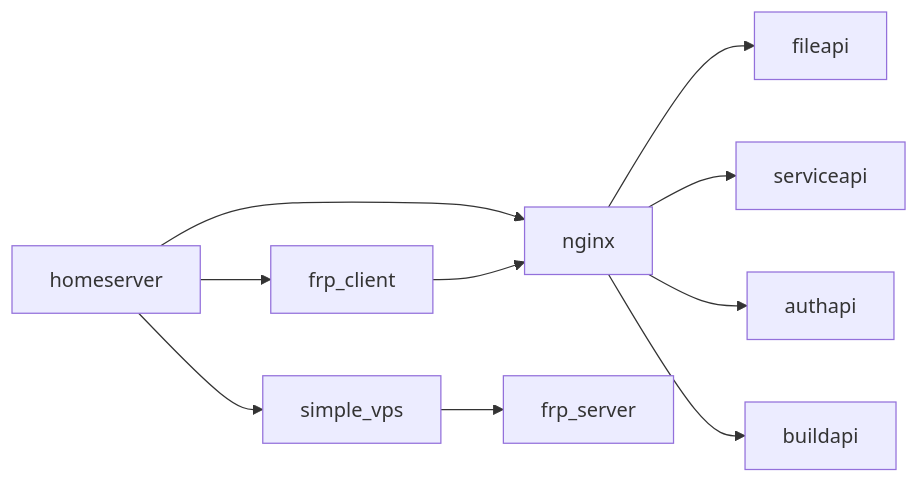
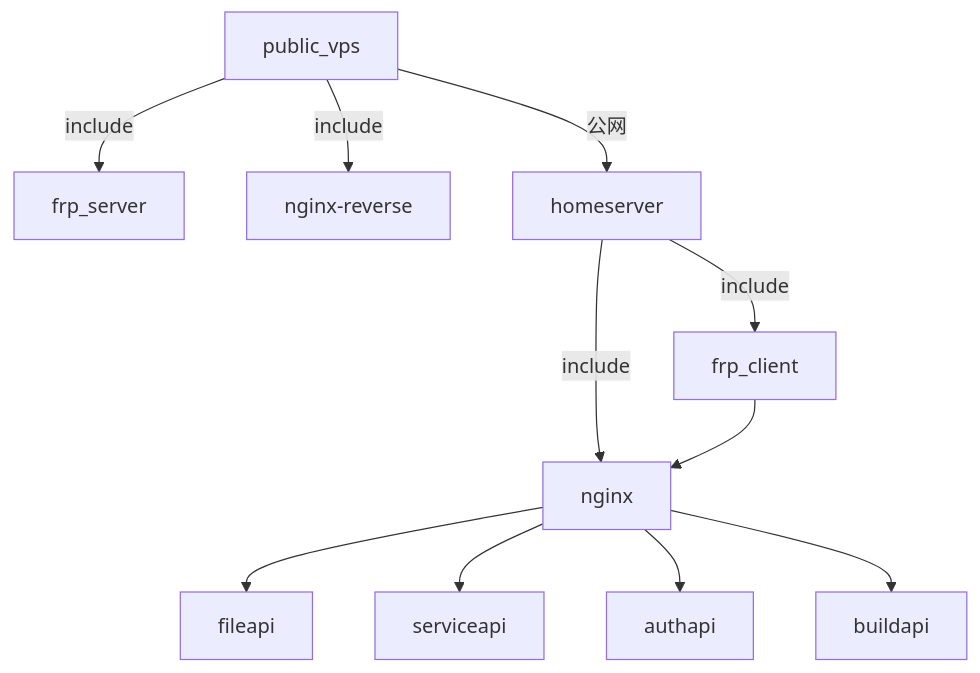
The second of 2 diagrams in docs/readme.md (cnboker/start), drawn with Mermaid before and after one commit. The commit also changed other lines of this file, not shown here.

````diff
--- a/docs/readme.md
+++ b/docs/readme.md
@@ -21,12 +21,14 @@
 ```mermaid
-graph LR;
-    homeserver-->simple_vps
-    homeserver -->nginx
+graph TD;
+    public_vps-->|include|frp_server
+    public_vps-->|include|nginx-reverse
+    public_vps-->|公网|homeserver
+    homeserver -->|include|nginx
+    homeserver-->|include|frp_client
+    frp_client-->nginx
     nginx-->fileapi;
     nginx-->serviceapi;
     nginx-->authapi;
     nginx-->buildapi;
-    simple_vps-->frp_server
-    homeserver-->frp_client
-    frp_client-->nginx
+    
 ```
````
